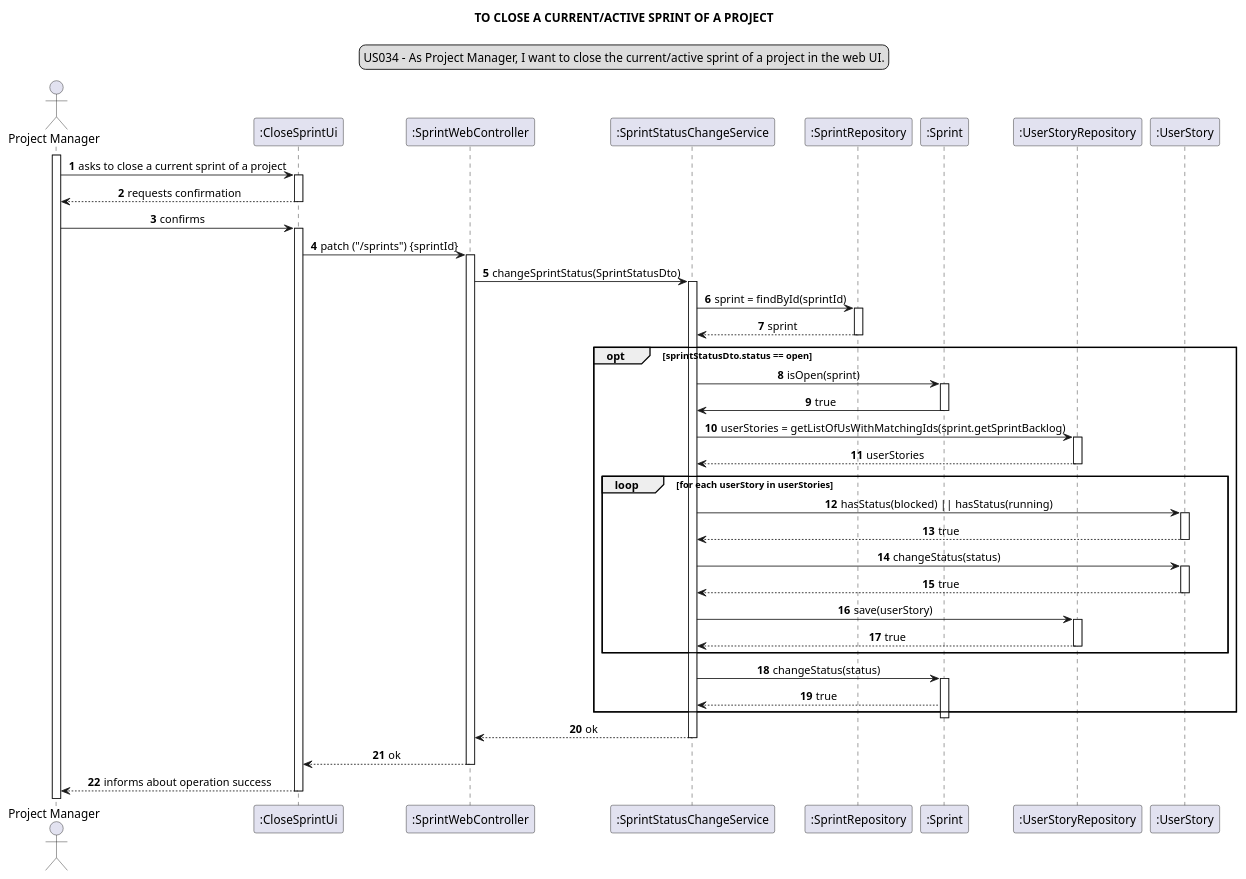
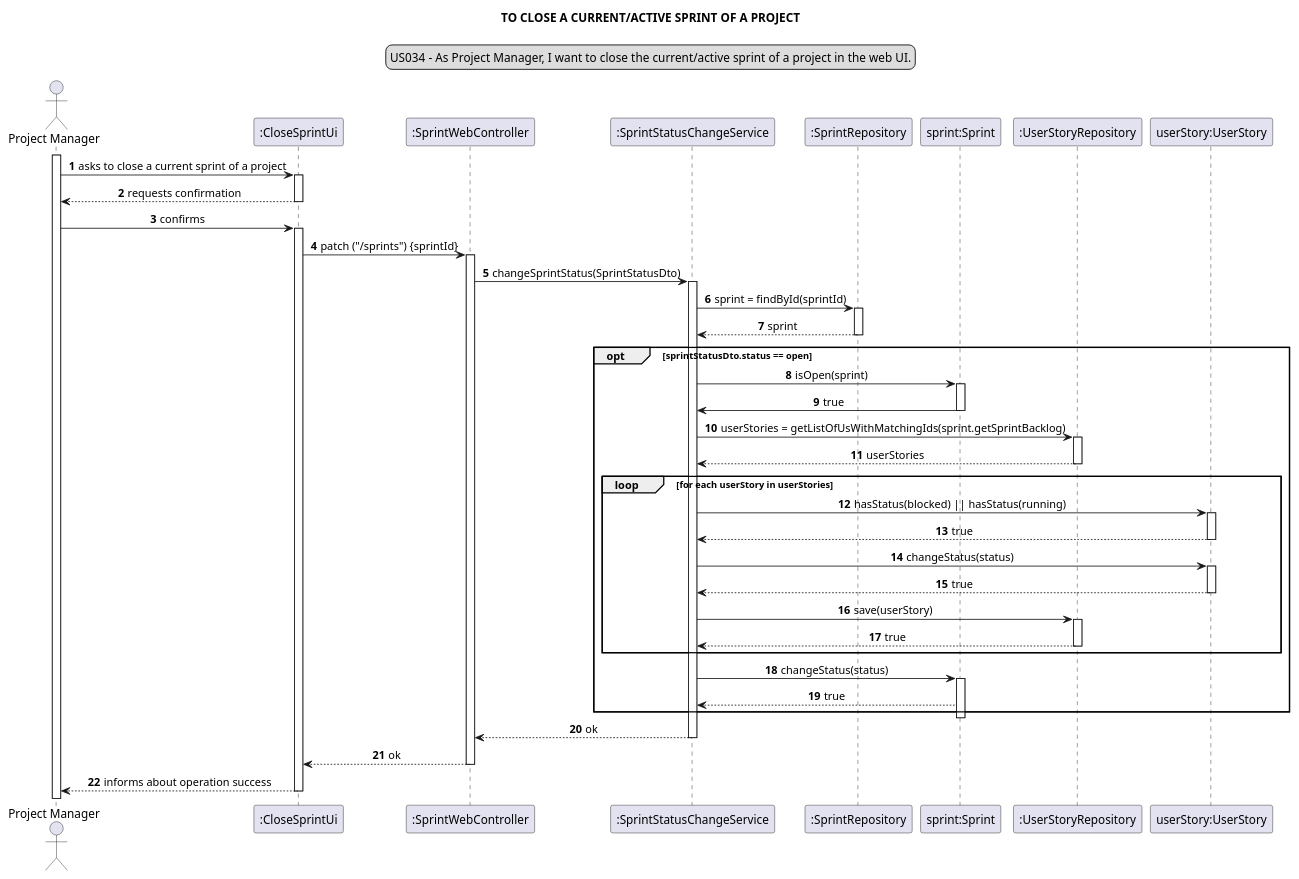
The diagram in docs/modelling_design/user_stories/sprint07/us034/US034_sequenceDiagram.puml (Loracline/project_switch_22-23), drawn with PlantUML before and after one commit. The commit also changed 3 other files, not shown here.

Commit message:
US034: Design: Updated Sequence Diagram, addresses #646

```diff
--- a/docs/modelling_design/user_stories/sprint07/us034/US034_sequenceDiagram.puml
+++ b/docs/modelling_design/user_stories/sprint07/us034/US034_sequenceDiagram.puml
@@ -1,72 +1,72 @@
 @startuml
 skinparam sequenceMessageAlign center
 title TO CLOSE A CURRENT/ACTIVE SPRINT OF A PROJECT
 legend top
 US034 - As Project Manager, I want to close the current/active sprint of a project in the web UI.
 end legend
 autonumber
 
 actor "Project Manager"
 participant ":CloseSprintUi" as ui
 participant ":SprintWebController" as controller
 participant ":SprintStatusChangeService" as service
 participant ":SprintRepository" as sprintRepo
-participant ":Sprint" as sprint
+participant "sprint:Sprint" as sprint
 participant ":UserStoryRepository" as usRepo
-participant ":UserStory" as us
+participant "userStory:UserStory" as us
 
 
 activate "Project Manager"
 "Project Manager" -> ui: asks to close a current sprint of a project
 activate ui
 ui --> "Project Manager": requests confirmation
 deactivate ui
 "Project Manager" -> ui: confirms
 activate ui
 ui -> controller: patch ("/sprints") {sprintId}
 activate controller
 controller -> service: changeSprintStatus(SprintStatusDto)
 activate service
 service -> sprintRepo: sprint = findById(sprintId)
 activate sprintRepo
 sprintRepo --> service: sprint
 deactivate sprintRepo
 opt sprintStatusDto.status == open
 
 service -> sprint: isOpen(sprint)
 activate sprint
 sprint -> service: true
 deactivate sprint
 service -> usRepo: userStories = getListOfUsWithMatchingIds(sprint.getSprintBacklog)
 activate usRepo
 usRepo --> service: userStories
 deactivate usRepo
 loop for each userStory in userStories
 service -> us: hasStatus(blocked) || hasStatus(running)
 activate us
 us --> service: true
 deactivate us
 
 service -> us: changeStatus(status)
 activate us
 us --> service: true
 deactivate us
 service -> usRepo: save(userStory)
 activate usRepo
 usRepo --> service: true
 deactivate usRepo
 
 end loop
 service -> sprint: changeStatus(status)
 activate sprint
 sprint --> service: true
 end opt
 deactivate sprint
 service --> controller: ok
 deactivate service
 controller --> ui: ok
 deactivate controller
 ui --> "Project Manager": informs about operation success
 deactivate ui
 
 @enduml
```
